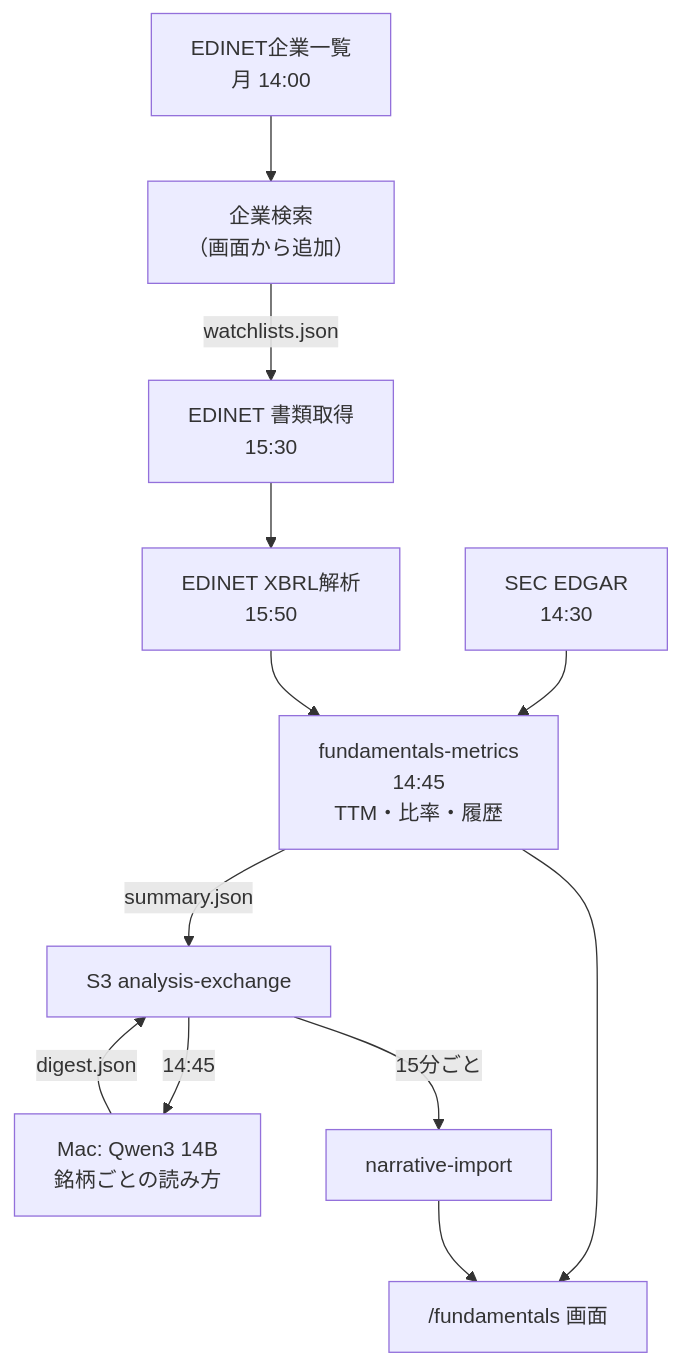
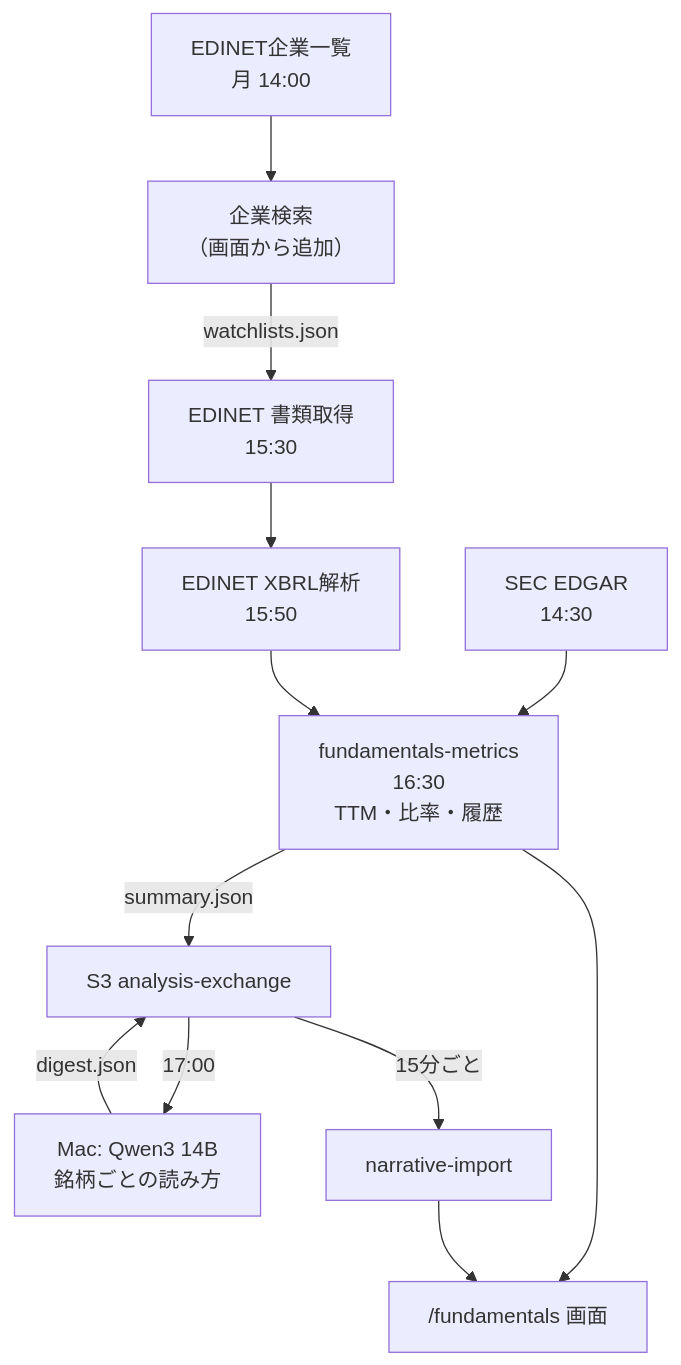
Before and after one commit to makechair/spelling-inconsistencies: the third of 3 diagrams in docs/system-map.md, drawn with Mermaid. The commit also changed other lines of this file and 5 other files, not shown here.

First line of the commit message:
Run the metrics after the filings they read, and Qwen after both

````diff
--- a/docs/system-map.md
+++ b/docs/system-map.md
@@ -96,14 +96,14 @@
 ```mermaid
 flowchart TD
   EG["SEC EDGAR<br/>14:30"] --> FM
   ED["EDINET 書類取得<br/>15:30"] --> EF["EDINET XBRL解析<br/>15:50"]
-  EF --> FM["fundamentals-metrics<br/>14:45<br/>TTM・比率・履歴"]
+  EF --> FM["fundamentals-metrics<br/>16:30<br/>TTM・比率・履歴"]
   FM -->|summary.json| FEX["S3 analysis-exchange"]
-  FEX -->|14:45| FQW["Mac: Qwen3 14B<br/>銘柄ごとの読み方"]
+  FEX -->|17:00| FQW["Mac: Qwen3 14B<br/>銘柄ごとの読み方"]
   FQW -->|digest.json| FEX
   FEX -->|15分ごと| FIM["narrative-import"]
   FM --> FP["/fundamentals 画面"]
   FIM --> FP
   EC["EDINET企業一覧<br/>月 14:00"] --> SEARCH["企業検索<br/>（画面から追加）"]
   SEARCH -->|watchlists.json| ED
 ```
````
